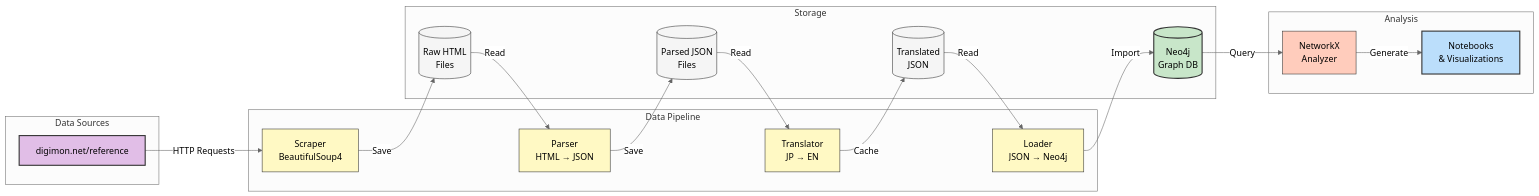
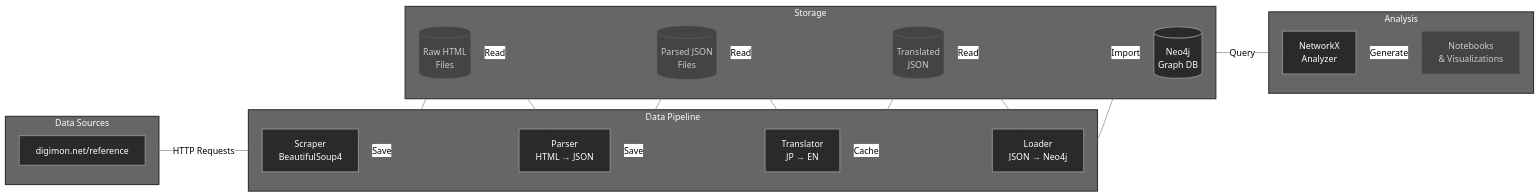
One commit to Ricoledan/digimon-knowledge-graph changed the first of 3 diagrams in README.md. Above: the diagram before and after it, drawn with Mermaid (neutral theme). The commit also changed other lines of this file, not shown here.

Commit message:
add diagrams

````diff
--- a/README.md
+++ b/README.md
@@ -82,48 +82,52 @@
 ```mermaid
 flowchart LR
-    subgraph "Data Sources"
+    subgraph DS["Data Sources"]
         A[digimon.net/reference]
     end
     
-    subgraph "Data Pipeline"
+    subgraph DP["Data Pipeline"]
         B[Scraper<br/>BeautifulSoup4]
         C[Parser<br/>HTML → JSON]
         D[Translator<br/>JP → EN]
         E[Loader<br/>JSON → Neo4j]
     end
     
-    subgraph "Storage"
+    subgraph ST["Storage"]
         F[(Raw HTML<br/>Files)]
         G[(Parsed JSON<br/>Files)]
         H[(Translated<br/>JSON)]
         I[(Neo4j<br/>Graph DB)]
     end
     
-    subgraph "Analysis"
+    subgraph AN["Analysis"]
         J[NetworkX<br/>Analyzer]
         K[Notebooks<br/>& Visualizations]
     end
     
     A -->|HTTP Requests| B
     B -->|Save| F
     F -->|Read| C
     C -->|Save| G
     G -->|Read| D
     D -->|Cache| H
     H -->|Read| E
     E -->|Import| I
     I -->|Query| J
     J -->|Generate| K
     
-    style A fill:#e1bee7,stroke:#333,stroke-width:2px
-    style I fill:#c8e6c9,stroke:#333,stroke-width:2px
-    style K fill:#bbdefb,stroke:#333,stroke-width:2px
-    style B fill:#fff9c4,stroke:#333,stroke-width:1px
-    style C fill:#fff9c4,stroke:#333,stroke-width:1px
-    style D fill:#fff9c4,stroke:#333,stroke-width:1px
-    style E fill:#fff9c4,stroke:#333,stroke-width:1px
-    style F fill:#f5f5f5,stroke:#333,stroke-width:1px
-    style G fill:#f5f5f5,stroke:#333,stroke-width:1px
-    style H fill:#f5f5f5,stroke:#333,stroke-width:1px
-    style J fill:#ffccbc,stroke:#333,stroke-width:1px
+    style DS fill:#666,stroke:#333,stroke-width:2px,color:#fff
+    style DP fill:#666,stroke:#333,stroke-width:2px,color:#fff
+    style ST fill:#666,stroke:#333,stroke-width:2px,color:#fff
+    style AN fill:#666,stroke:#333,stroke-width:2px,color:#fff
+    style A fill:#2a2a2a,stroke:#888,stroke-width:2px,color:#fff
+    style B fill:#2a2a2a,stroke:#888,stroke-width:2px,color:#fff
+    style C fill:#2a2a2a,stroke:#888,stroke-width:2px,color:#fff
+    style D fill:#2a2a2a,stroke:#888,stroke-width:2px,color:#fff
+    style E fill:#2a2a2a,stroke:#888,stroke-width:2px,color:#fff
+    style F fill:#444,stroke:#666,stroke-width:1px,color:#ccc
+    style G fill:#444,stroke:#666,stroke-width:1px,color:#ccc
+    style H fill:#444,stroke:#666,stroke-width:1px,color:#ccc
+    style I fill:#2a2a2a,stroke:#888,stroke-width:2px,color:#fff
+    style J fill:#2a2a2a,stroke:#888,stroke-width:2px,color:#fff
+    style K fill:#444,stroke:#666,stroke-width:1px,color:#ccc
 ```
````
